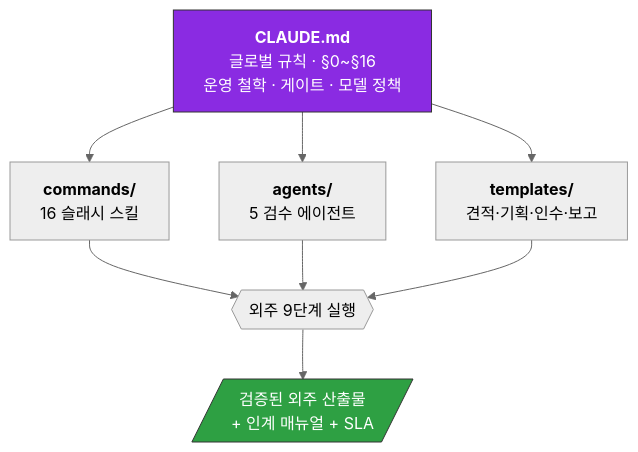
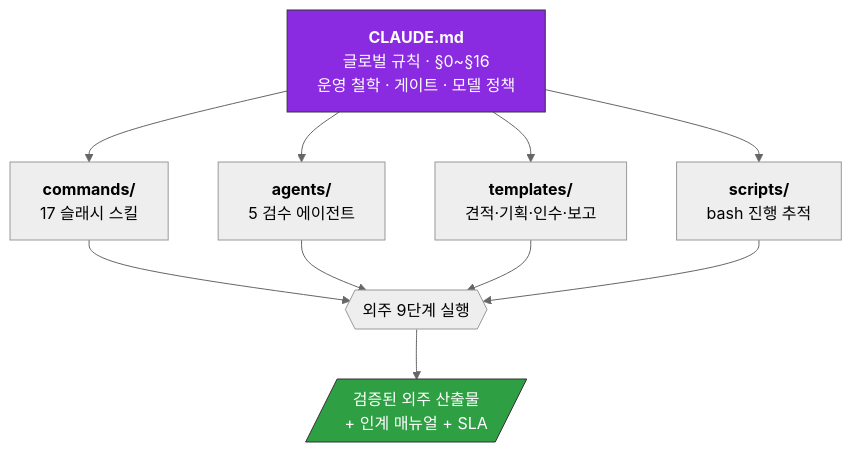
Before and after one commit to doublesilver/ai-workspace: the second of 2 diagrams in README.md, drawn with Mermaid (neutral theme). The commit also changed other lines of this file, not shown here.

````diff
--- a/README.md
+++ b/README.md
@@ -131,16 +169,18 @@
 ```mermaid
 flowchart TD
     CM[<b>CLAUDE.md</b><br/>글로벌 규칙 · §0~§16<br/>운영 철학 · 게이트 · 모델 정책]:::core
 
-    CM --> CMD[<b>commands/</b><br/>16 슬래시 스킬]
+    CM --> CMD[<b>commands/</b><br/>17 슬래시 스킬]
     CM --> AG[<b>agents/</b><br/>5 검수 에이전트]
     CM --> TP[<b>templates/</b><br/>견적·기획·인수·보고]
+    CM --> SC[<b>scripts/</b><br/>bash 진행 추적]
 
     CMD --> FLOW{{외주 9단계 실행}}
     AG --> FLOW
     TP --> FLOW
+    SC --> FLOW
     FLOW --> OUT[/검증된 외주 산출물<br/>+ 인계 매뉴얼 + SLA/]:::out
 
     classDef core fill:#8A2BE2,stroke:#333,color:#fff;
     classDef out fill:#2EA043,stroke:#333,color:#fff;
 ```
````
